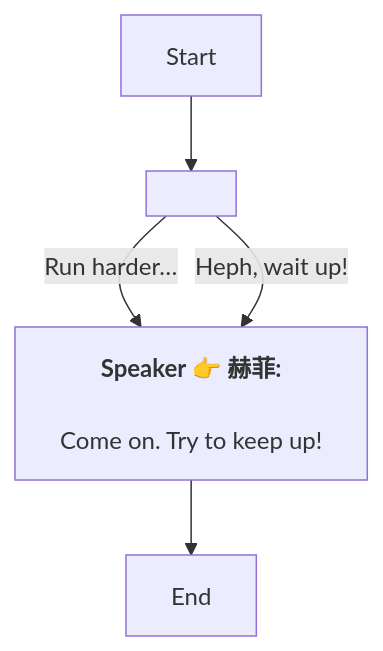
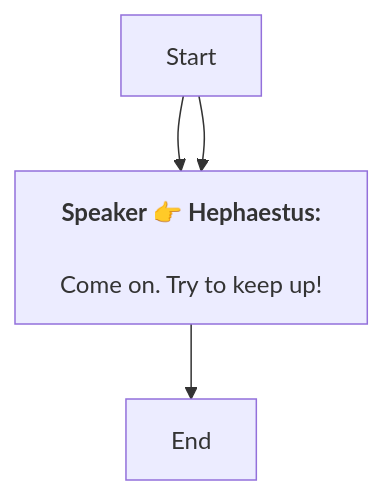
Before and after one commit to SoftHu/tos_avg: the diagram in Zh/QuestStartTalkENode_1772328693784729.md, drawn with Mermaid. The commit also changed 737 other files, not shown here.

````diff
--- a/Zh/QuestStartTalkENode_1772328693784729.md
+++ b/Zh/QuestStartTalkENode_1772328693784729.md
@@ -1,16 +1,11 @@
 ```mermaid
 graph
-Start -->1772329689769156[ ]
-1772329689769156 -->|Run harder…|1772329689770182[<b>Speaker 👉 赫菲:</b>
-
-Come on. Try to keep up!
-
+Start -->1772329689770182[<b>Speaker 👉 Hephaestus:</b>
+\nCome on. Try to keep up!
 ]
-1772329689769156 -->|Heph, wait up!|1772329689770182[<b>Speaker 👉 赫菲:</b>
-
-Come on. Try to keep up!
-
+Start -->1772329689770182[<b>Speaker 👉 Hephaestus:</b>
+\nCome on. Try to keep up!
 ]
 1772329689770182 -->1772329689770183[End]
 
- ```
+```
````
